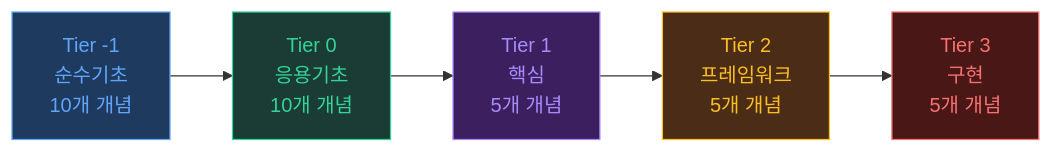
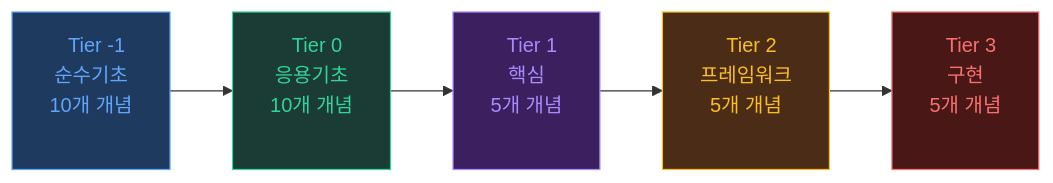
The first of 2 diagrams in site/overview/index.md (kinkos1234/sos), drawn with Mermaid before and after one commit. The commit also changed other lines of this file and 9 other files, not shown here.

Commit message:
style: perfect mermaid edge labels, optimize typography, fix dark mode bugs

````diff
--- a/site/overview/index.md
+++ b/site/overview/index.md
@@ -37,13 +42,13 @@
 ```mermaid
 graph LR
-    T1["Tier -1<br/>순수기초<br/>10개 개념"] --> T0["Tier 0<br/>응용기초<br/>10개 개념"]
-    T0 --> T1C["Tier 1<br/>핵심<br/>5개 개념"]
-    T1C --> T2["Tier 2<br/>프레임워크<br/>5개 개념"]
-    T2 --> T3["Tier 3<br/>구현<br/>5개 개념"]
+    T1["&nbsp;&nbsp;Tier -1<br/>순수기초<br/>10개 개념<br/>&nbsp;&nbsp;&nbsp;"] --> T0["&nbsp;&nbsp;Tier 0<br/>응용기초<br/>10개 개념<br/>&nbsp;&nbsp;&nbsp;"]
+    T0 --> T1C["&nbsp;&nbsp;Tier 1<br/>핵심<br/>5개 개념<br/>&nbsp;&nbsp;&nbsp;"]
+    T1C --> T2["&nbsp;&nbsp;Tier 2<br/>프레임워크<br/>5개 개념<br/>&nbsp;&nbsp;&nbsp;"]
+    T2 --> T3["&nbsp;&nbsp;Tier 3<br/>구현<br/>5개 개념<br/>&nbsp;&nbsp;&nbsp;"]
 
     style T1 fill:#1e3a5f,stroke:#60a5fa,color:#60a5fa
     style T0 fill:#1a3c34,stroke:#34d399,color:#34d399
     style T1C fill:#3b1f5e,stroke:#a78bfa,color:#a78bfa
     style T2 fill:#4a2c17,stroke:#fbbf24,color:#fbbf24
     style T3 fill:#4a1717,stroke:#f87171,color:#f87171
 ```
````
